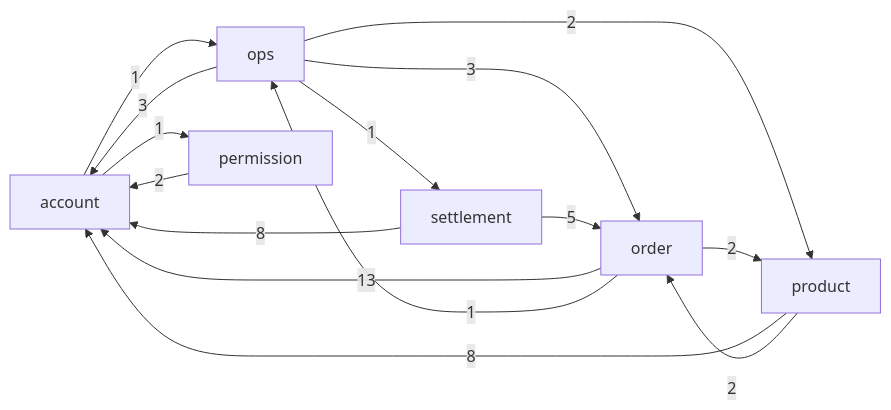
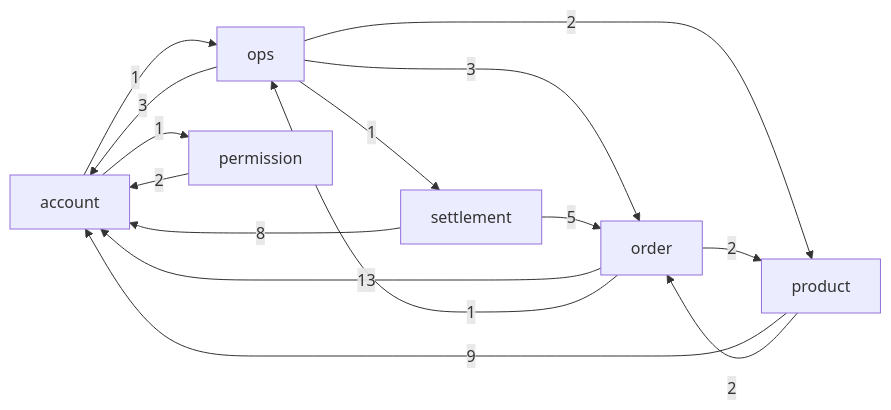
The diagram in doc/erd/index.md (ejg93/ProjectShop), drawn with Mermaid before and after one commit. The commit also changed 22 other files, not shown here.

````diff
--- a/doc/erd/index.md
+++ b/doc/erd/index.md
@@ -5,17 +5,17 @@
 ```mermaid
 flowchart LR
     account -->|1| ops
     account -->|1| permission
     ops -->|3| account
     ops -->|3| order
     ops -->|2| product
     ops -->|1| settlement
     order -->|13| account
     order -->|1| ops
     order -->|2| product
     permission -->|2| account
-    product -->|8| account
+    product -->|9| account
     product -->|2| order
     settlement -->|8| account
     settlement -->|5| order
 ```
````
